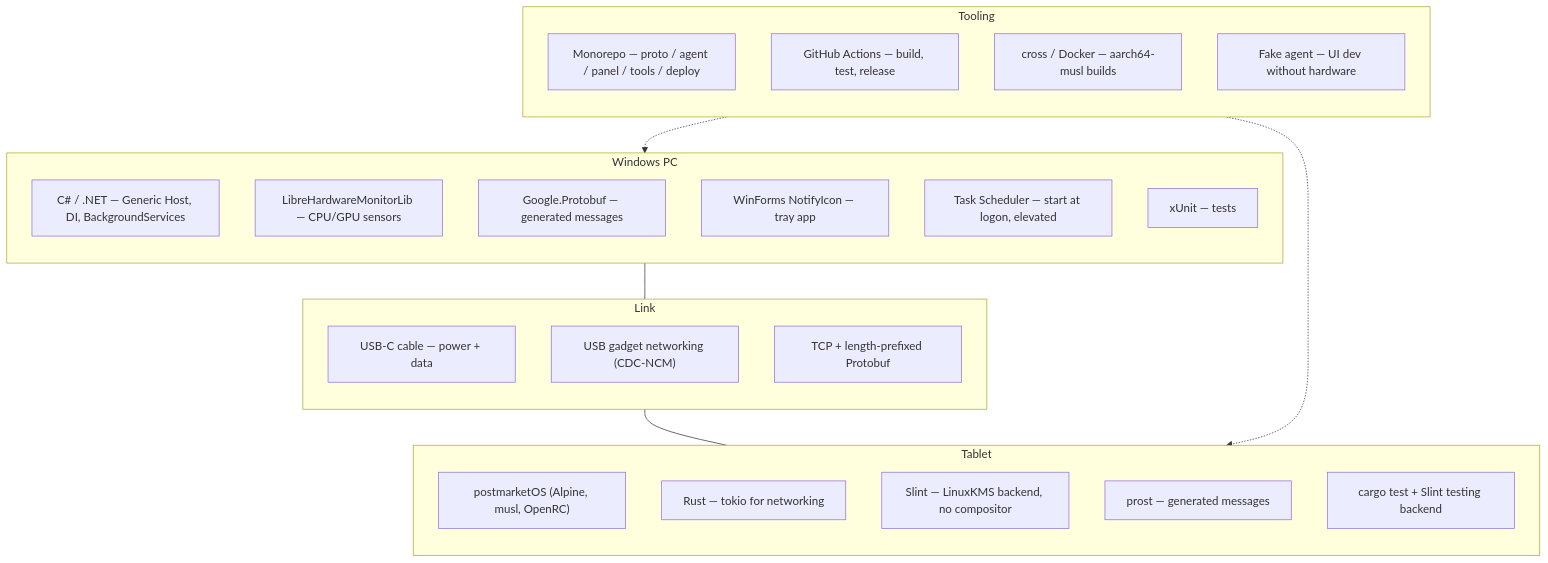
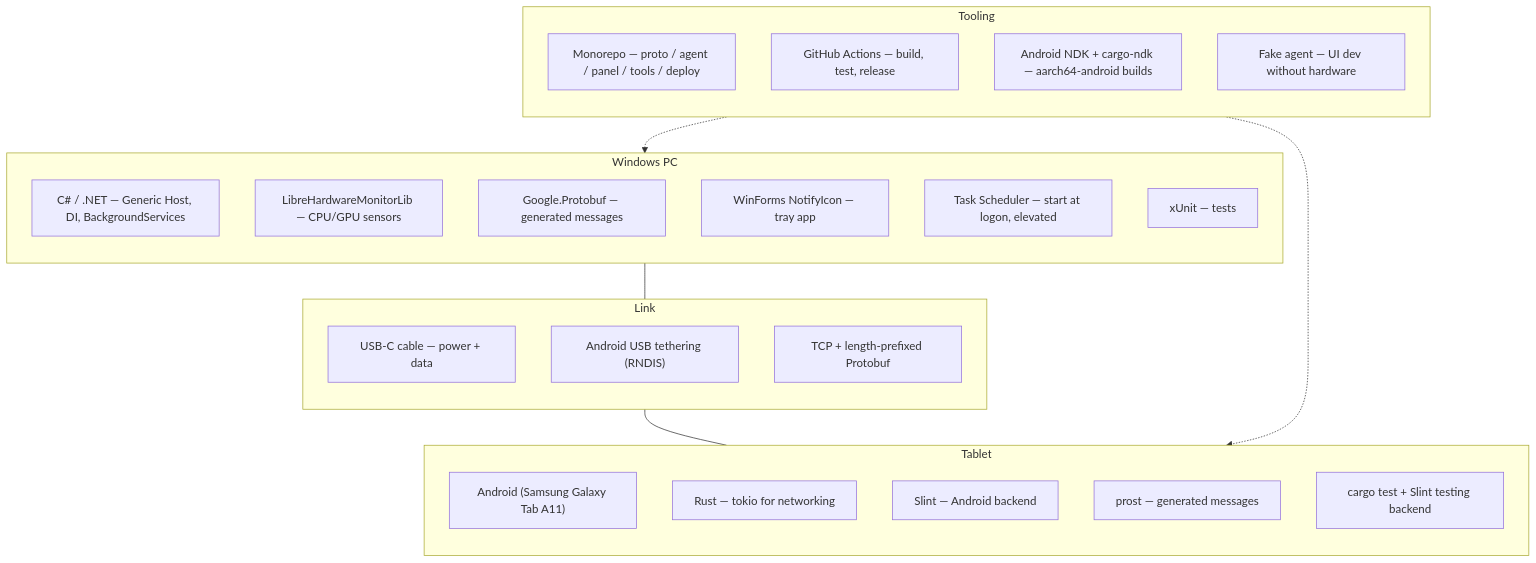
The diagram in documentation/TECH_STACK.md (Decker-Matthew-R/sentinel), drawn with Mermaid before and after one commit. The commit also changed other lines of this file and 4 other files, not shown here.

Commit message:
Chore[#99]: update all documentation to reflect Android and Samsung G… (#106)

````diff
--- a/documentation/TECH_STACK.md
+++ b/documentation/TECH_STACK.md
@@ -7,40 +7,40 @@
 ```mermaid
 flowchart TB
     subgraph PCSIDE["Windows PC"]
         direction TB
         a1["C# / .NET — Generic Host, DI, BackgroundServices"]
         a2["LibreHardwareMonitorLib — CPU/GPU sensors"]
         a3["Google.Protobuf — generated messages"]
         a4["WinForms NotifyIcon — tray app"]
         a5["Task Scheduler — start at logon, elevated"]
         a6["xUnit — tests"]
     end
 
     subgraph LINK["Link"]
         direction TB
         l1["USB-C cable — power + data"]
-        l2["USB gadget networking (CDC-NCM)"]
+        l2["Android USB tethering (RNDIS)"]
         l3["TCP + length-prefixed Protobuf"]
     end
 
     subgraph TABSIDE["Tablet"]
         direction TB
-        t1["postmarketOS (Alpine, musl, OpenRC)"]
+        t1["Android (Samsung Galaxy Tab A11)"]
         t2["Rust — tokio for networking"]
-        t3["Slint — LinuxKMS backend, no compositor"]
+        t3["Slint — Android backend"]
         t4["prost — generated messages"]
         t5["cargo test + Slint testing backend"]
     end
 
     subgraph TOOLS["Tooling"]
         direction TB
         x1["Monorepo — proto / agent / panel / tools / deploy"]
         x2["GitHub Actions — build, test, release"]
-        x3["cross / Docker — aarch64-musl builds"]
+        x3["Android NDK + cargo-ndk — aarch64-android builds"]
         x4["Fake agent — UI dev without hardware"]
     end
 
     PCSIDE --- LINK --- TABSIDE
     TOOLS -.-> PCSIDE
     TOOLS -.-> TABSIDE
 ```
````
